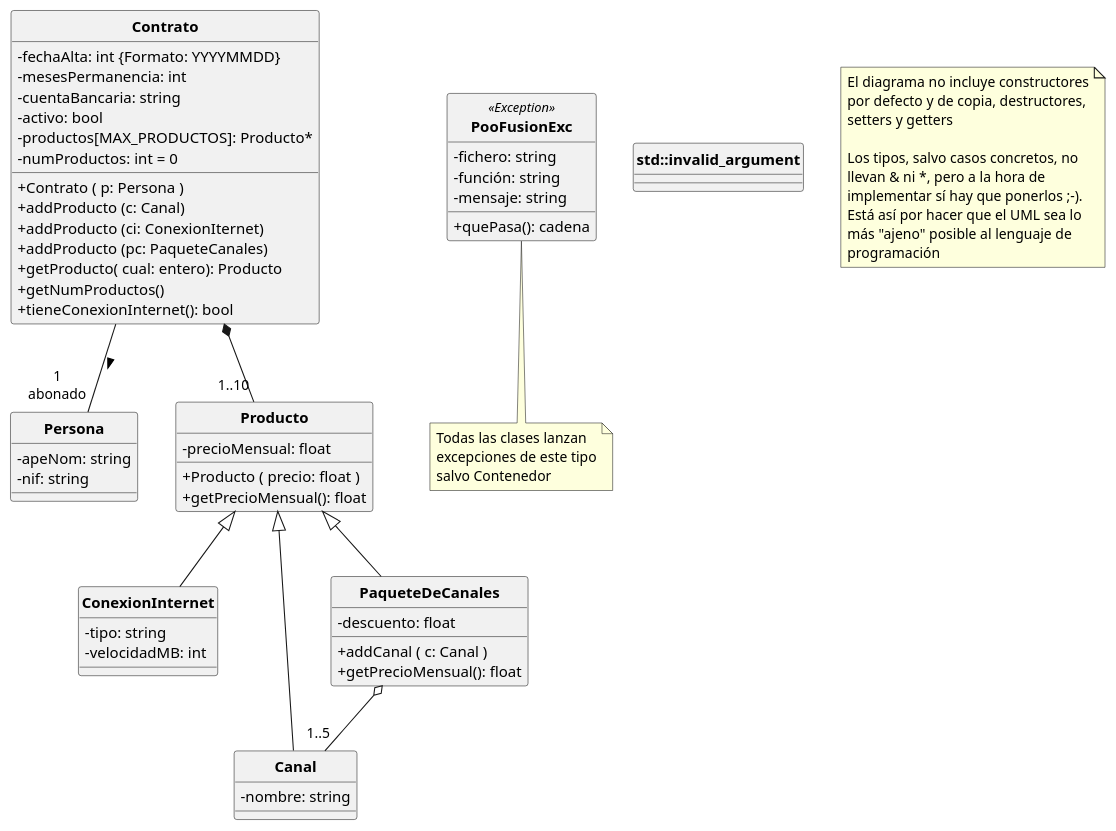
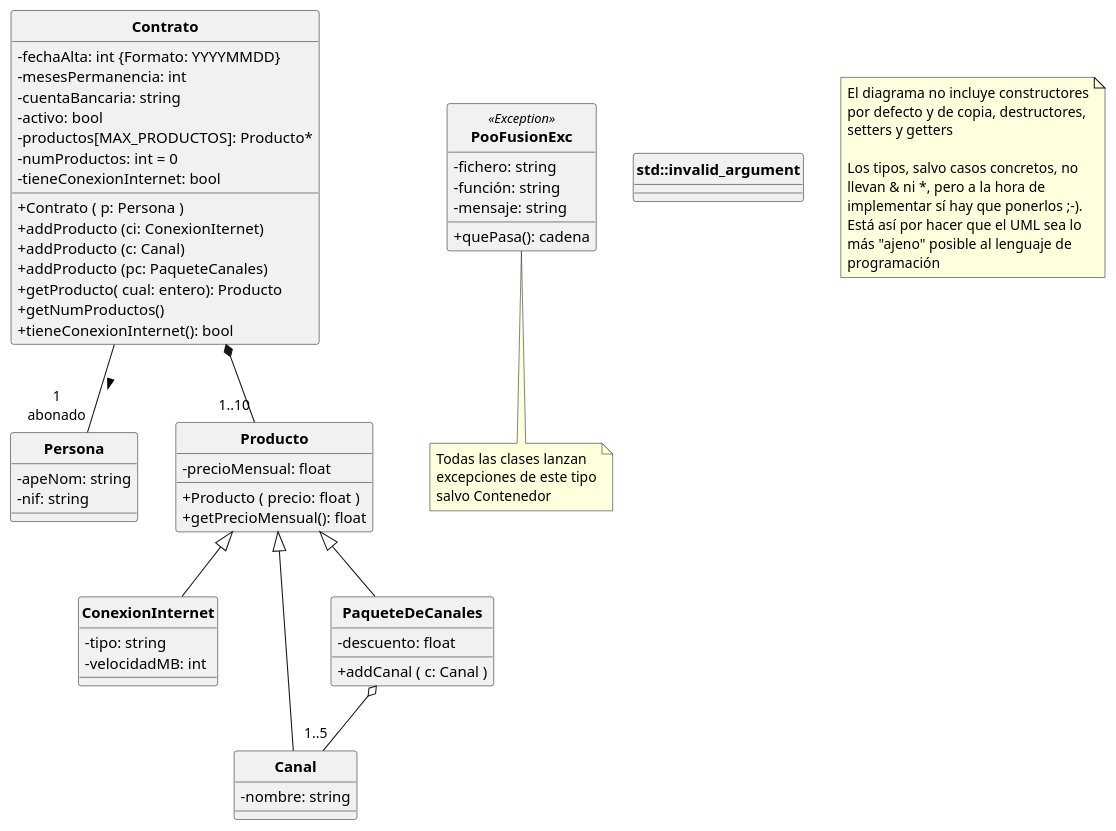
The diagram in PooFusion.puml (POOUJA/PooFusion), drawn with PlantUML before and after one commit. The commit also changed 3 other files, not shown here.

```diff
--- a/PooFusion.puml
+++ b/PooFusion.puml
@@ -1,84 +1,84 @@
 @startuml
 
 hide circle
 skinparam classattributeiconsize 0
 skinparam classFontStyle bold
 
 class Persona {
    - apeNom: string
    - nif: string
 }
 
 class Contrato {
    - fechaAlta: int {Formato: YYYYMMDD}
    - mesesPermanencia: int
    - cuentaBancaria: string
    - activo: bool
    - productos[MAX_PRODUCTOS]: Producto*
    - numProductos: int = 0
+   - tieneConexionInternet: bool
    + Contrato ( p: Persona )
+   + addProducto (ci: ConexionIternet)
    + addProducto (c: Canal)
-   + addProducto (ci: ConexionIternet)
    + addProducto (pc: PaqueteCanales)
    + getProducto( cual: entero): Producto
    + getNumProductos()
    + tieneConexionInternet(): bool
 }
 
 class Producto {
    - precioMensual: float
    + Producto ( precio: float )
    + getPrecioMensual(): float
 }
 
 class ConexionInternet {
    - tipo: string
    - velocidadMB: int
 }
 
 class Canal {
    - nombre: string
 }
 
 class PaqueteDeCanales {
    - descuento: float
    + addCanal ( c: Canal )
-   + getPrecioMensual(): float
 }
 
 
 class PooFusionExc<<Exception>> {
    - fichero: string
    - función: string
    - mensaje: string
    + quePasa(): cadena
 }
 note bottom of PooFusionExc
    Todas las clases lanzan
    excepciones de este tipo
    salvo Contenedor
 end note
 
 class std::invalid_argument
 
 Contrato -- "1\nabonado" Persona: >
 Producto <|-- ConexionInternet 
 Producto <|-- Canal
 Producto <|-- PaqueteDeCanales
 Contrato *-- "1..10" Producto
 PaqueteDeCanales o-- "1..5"Canal
 
 note as Nota1
    El diagrama no incluye constructores
    por defecto y de copia, destructores,
    setters y getters
 
    Los tipos, salvo casos concretos, no
    llevan & ni *, pero a la hora de
    implementar sí hay que ponerlos ;-). 
    Está así por hacer que el UML sea lo
    más "ajeno" posible al lenguaje de
    programación
 end note
 
 @enduml
```
